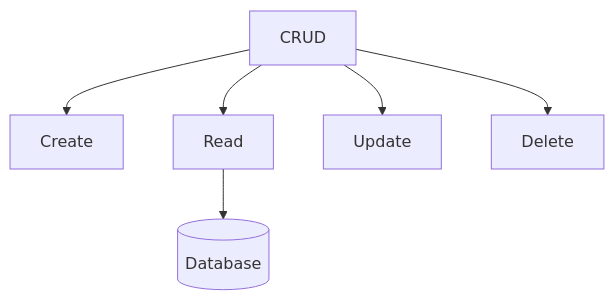
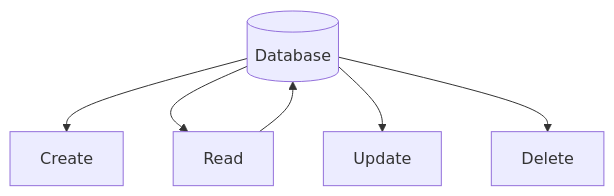
One commit to shrsyc/google_sheets_DB changed the diagram in README.md. Above: the diagram before and after it, drawn with Mermaid.

````diff
--- a/README.md
+++ b/README.md
@@ -5,8 +5,8 @@
 ```mermaid
 graph TD;
-    CRUD-->Create;
-    CRUD-->Read;
-    CRUD-->Update;
-    CRUD-->Delete;
+    id1[(CRUD)]-->Create;
+    id1-->Read;
+    id1-->Update;
+    id1-->Delete;
     Read-->id1[(Database)]
 ```
````
